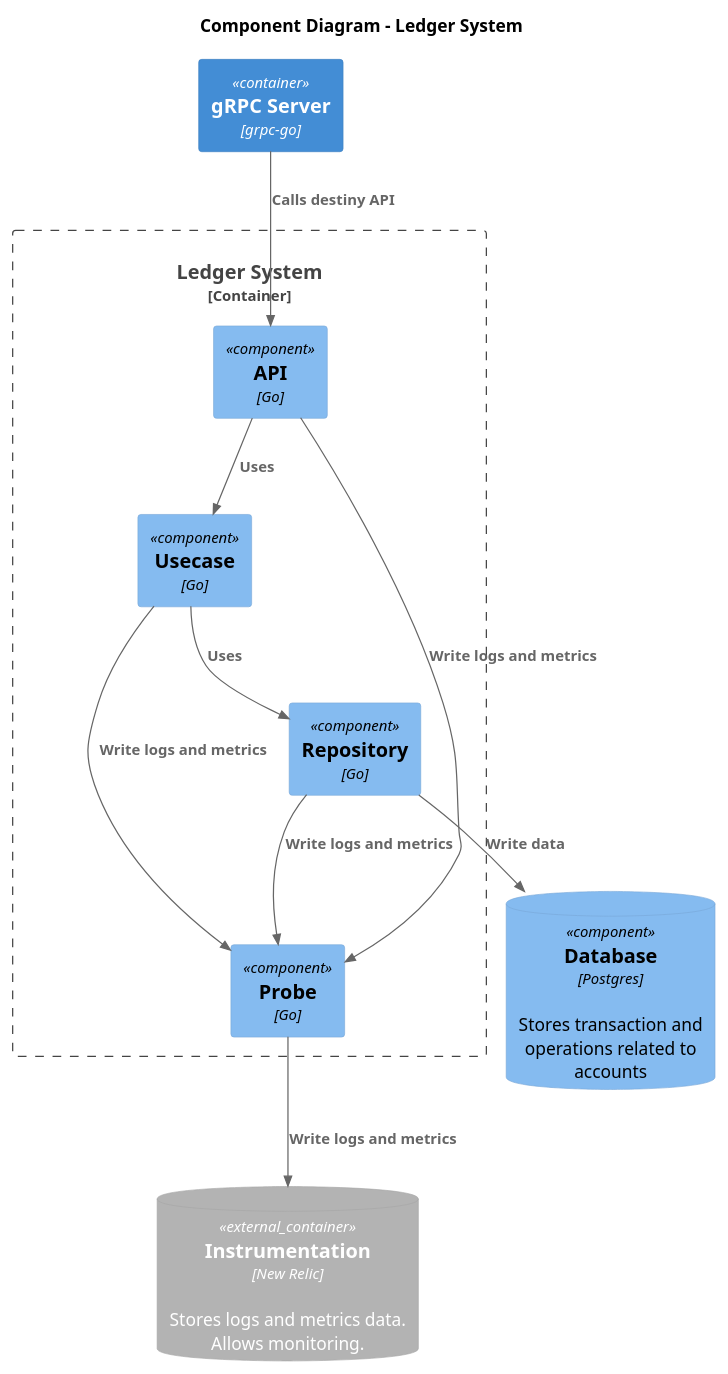
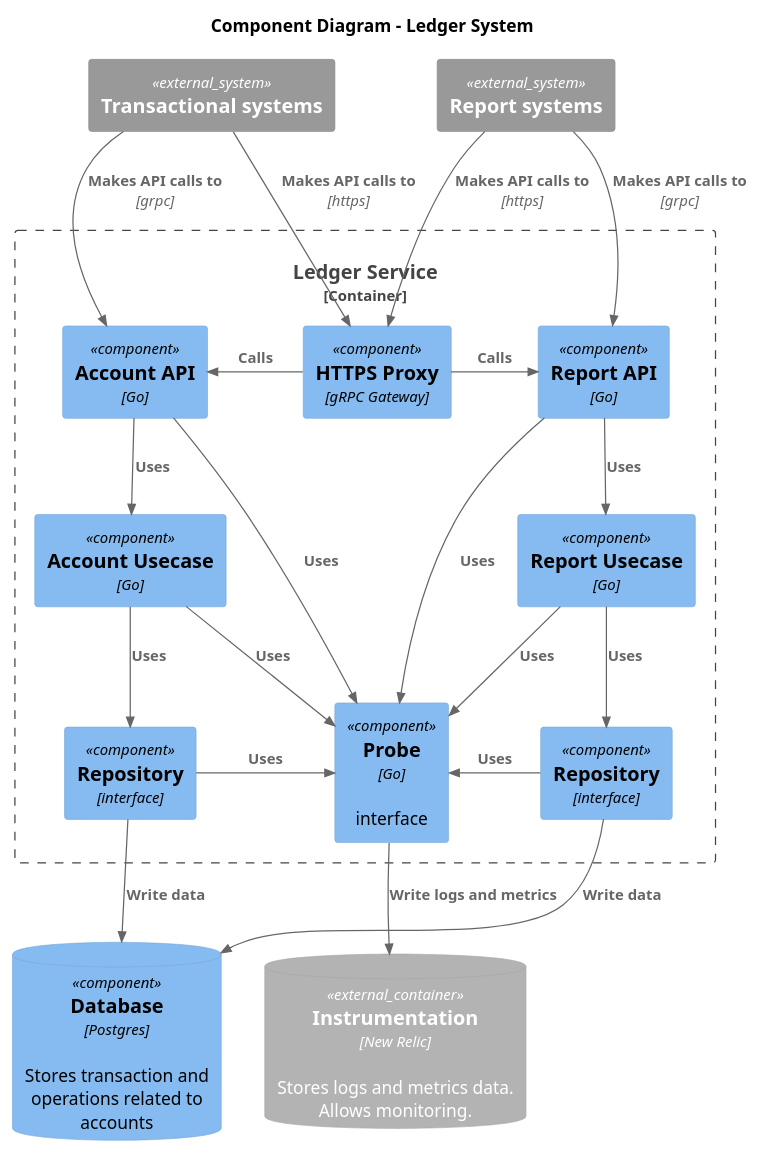
The diagram in docs/c4model/level_3_components/level_3_component_diagram.puml (stone-co/the-amazing-ledger), drawn with PlantUML before and after one commit. The commit also changed 1 other file, not shown here.

```diff
--- a/docs/c4model/level_3_components/level_3_component_diagram.puml
+++ b/docs/c4model/level_3_components/level_3_component_diagram.puml
@@ -1,29 +1,47 @@
 @startuml Component Diagram - Level 03
 !include https://raw.githubusercontent.com/plantuml-stdlib/C4-PlantUML/master/C4_Component.puml
 
 title Component Diagram - Ledger System
 
-Container(grpc_server, "gRPC Server", "grpc-go")
+System_Ext(transactional_systems, "Transactional systems")
+System_Ext(report_systems, "Report systems")
 
-Container_Boundary(ledger, "Ledger System") {
-    Component(api, "API", "Go", "")
-    Component(usecase, "Usecase", "Go", "")
-    Component(repository, "Repository", "Go", "")
-    Component(probe, "Probe", "Go", "")
+Container_Boundary(ledger, "Ledger Service") {
+    Component(https_proxy, "HTTPS Proxy", "gRPC Gateway", "")
+    Component(acc_api, "Account API", "Go", "")
+    Component(report_api, "Report API", "Go", "")
+    Component(acc_usecase, "Account Usecase", "Go", "")
+    Component(report_usecase, "Report Usecase", "Go", "")
+    Component(acc_repository, "Repository", "interface")
+    Component(report_repository, "Repository", "interface")
+    Component(inst_probe, "Probe", "Go", "interface")
 
-    Rel(api, usecase, "Uses")
-    Rel(usecase, repository, "Uses")
 
-    Rel(api, probe, "Write logs and metrics")
-    Rel(usecase, probe, "Write logs and metrics")
-    Rel(repository, probe, "Write logs and metrics")
+    Rel(acc_api, acc_usecase, "Uses")
+    Rel(report_api, report_usecase, "Uses")
+    Rel(acc_usecase, acc_repository, "Uses")
+    Rel(report_usecase, report_repository, "Uses")
+
+    Rel_Right(https_proxy, report_api, "Calls")
+    Rel_Right(https_proxy, acc_api, "Calls")
+
+    Rel_Right(acc_api, inst_probe, "Uses")
+    Rel_Right(acc_usecase, inst_probe, "Uses")
+    Rel_Right(acc_repository, inst_probe, "Uses")
+    Rel_Right(report_api, inst_probe, "Uses")
+    Rel_Right(report_usecase, inst_probe, "Uses")
+    Rel_Right(report_repository, inst_probe, "Uses")
 }
 
 ComponentDb(database, "Database", "Postgres", "Stores transaction and operations related to accounts")
 ContainerDb_Ext(instrumentation, "Instrumentation", "New Relic", "Stores logs and metrics data. Allows monitoring.")
 
-Rel(grpc_server, api, "Calls destiny API")
-Rel(probe, instrumentation, "Write logs and metrics")
-Rel(repository, database, "Write data")
+Rel(transactional_systems, acc_api, "Makes API calls to", "grpc")
+Rel(transactional_systems, https_proxy, "Makes API calls to", "https")
+Rel(report_systems, report_api, "Makes API calls to", "grpc")
+Rel(report_systems, https_proxy, "Makes API calls to", "https")
+Rel(inst_probe, instrumentation, "Write logs and metrics")
+Rel(acc_repository, database, "Write data")
+Rel(report_repository, database, "Write data")
 
 @enduml
```
